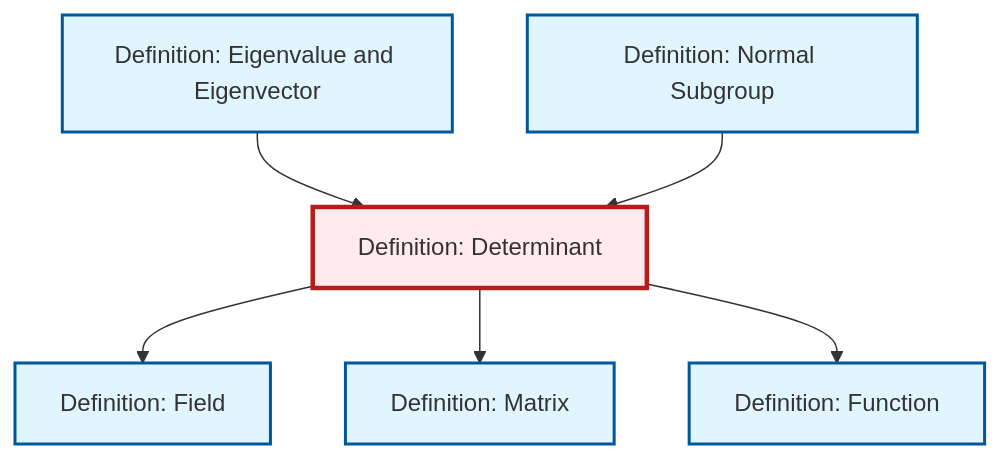
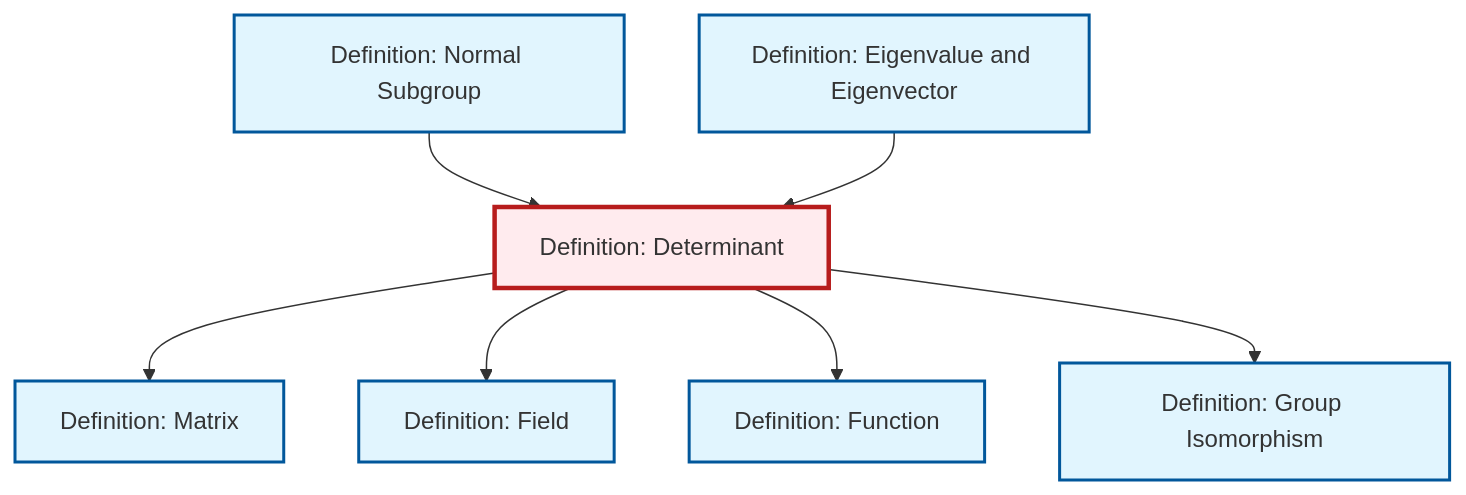
Before and after one commit to RK0429/ModernMath: the diagram in content/en/algebra/def-determinant.qmd, drawn with Mermaid. The commit also changed other lines of this file and 581 other files, not shown here.

````diff
--- a/content/en/algebra/def-determinant.qmd
+++ b/content/en/algebra/def-determinant.qmd
@@ -80,26 +81,29 @@
 ```{mermaid}
 %%| fig-cap: "Local dependency graph"
 graph TD
     classDef definition fill:#e1f5fe,stroke:#01579b,stroke-width:2px
     classDef theorem fill:#f3e5f5,stroke:#4a148c,stroke-width:2px
     classDef axiom fill:#fff3e0,stroke:#e65100,stroke-width:2px
     classDef example fill:#e8f5e9,stroke:#1b5e20,stroke-width:2px
     classDef current fill:#ffebee,stroke:#b71c1c,stroke-width:3px
-    def-field["Definition: Field"]:::definition
     def-matrix["Definition: Matrix"]:::definition
     def-function["Definition: Function"]:::definition
-    def-normal-subgroup["Definition: Normal Subgroup"]:::definition
     def-determinant["Definition: Determinant"]:::definition
     def-eigenvalue-eigenvector["Definition: Eigenvalue and Eigenvector"]:::definition
+    def-isomorphism["Definition: Group Isomorphism"]:::definition
+    def-normal-subgroup["Definition: Normal Subgroup"]:::definition
+    def-field["Definition: Field"]:::definition
+    def-normal-subgroup --> def-determinant
+    def-determinant --> def-matrix
     def-determinant --> def-field
+    def-determinant --> def-function
     def-eigenvalue-eigenvector --> def-determinant
-    def-determinant --> def-matrix
-    def-determinant --> def-function
-    def-normal-subgroup --> def-determinant
+    def-determinant --> def-isomorphism
     class def-determinant current
-    click def-field "def-field.html" "Go to Field definition"
     click def-matrix "def-matrix.html" "Go to Matrix definition"
     click def-function "def-function.html" "Go to Function definition"
+    click def-eigenvalue-eigenvector "def-eigenvalue-eigenvector.html" "Go to Eigenvalue and Eigenvector definition"
+    click def-isomorphism "def-isomorphism.html" "Go to Group Isomorphism definition"
     click def-normal-subgroup "def-normal-subgroup.html" "Go to Normal Subgroup definition"
-    click def-eigenvalue-eigenvector "def-eigenvalue-eigenvector.html" "Go to Eigenvalue and Eigenvector definition"
+    click def-field "def-field.html" "Go to Field definition"
 ```
````
